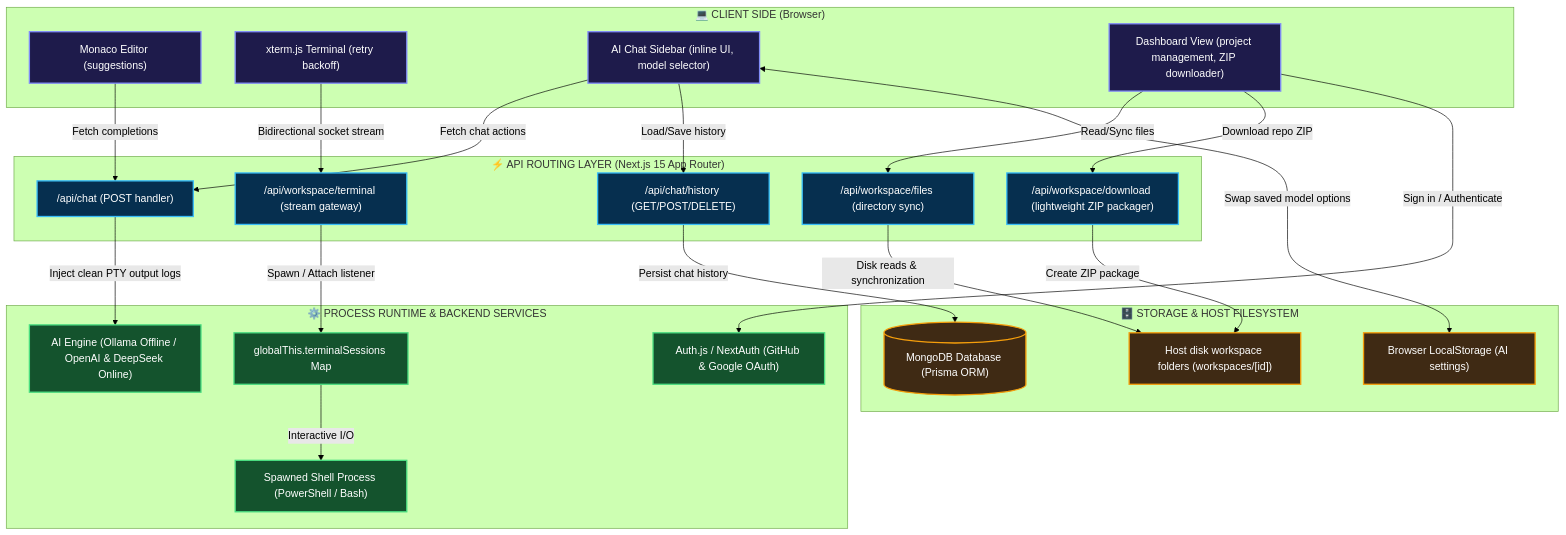
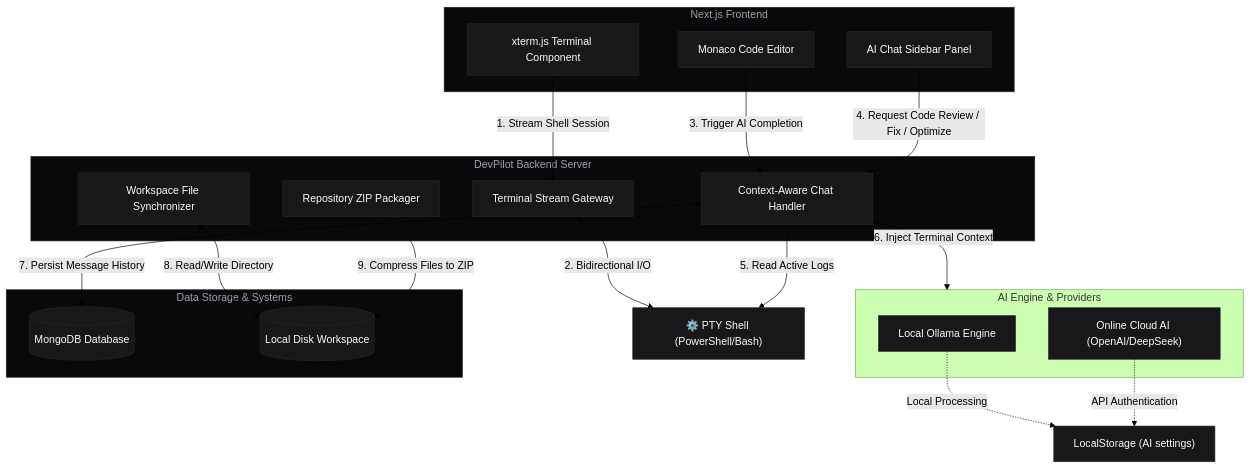
Before and after one commit to Sofiyan7/DevPilot: the diagram in README.md, drawn with Mermaid (forest theme).

Commit message:
Build Version Host

````diff
--- a/README.md
+++ b/README.md
@@ -36,67 +36,53 @@
 ```mermaid
 graph TD
-    %% Styling classes
-    classDef client fill:#1e1b4b,stroke:#818cf8,stroke-width:2px,color:#fff;
-    classDef api fill:#062f4f,stroke:#38bdf8,stroke-width:2px,color:#fff;
-    classDef runtime fill:#14532d,stroke:#4ade80,stroke-width:2px,color:#fff;
-    classDef storage fill:#3f2a14,stroke:#f59e0b,stroke-width:2px,color:#fff;
-
-    %% 1. Client Layer
-    subgraph Client_Layer ["💻 CLIENT SIDE (Browser)"]
-        Monaco["Monaco Editor (suggestions)"]
-        Xterm["xterm.js Terminal (retry backoff)"]
-        AIChat["AI Chat Sidebar (inline UI, model selector)"]
-        Dashboard["Dashboard View (project management, ZIP downloader)"]
+    %% Define Styling
+    classDef default fill:#18181b,stroke:#27272a,stroke-width:1px,color:#fafafa;
+    classDef subgraphStyle fill:#09090b,stroke:#27272a,stroke-width:1px,color:#a1a1aa;
+    
+    %% Next.js Frontend Subgraph
+    subgraph Frontend ["Next.js Frontend"]
+        Editor["Monaco Code Editor"]
+        Terminal["xterm.js Terminal Component"]
+        AIChat["AI Chat Sidebar Panel"]
     end
 
-    %% 2. Next.js API Routes Layer
-    subgraph API_Layer ["⚡ API ROUTING LAYER (Next.js 15 App Router)"]
-        ChatAPI["/api/chat (POST handler)"]
-        HistoryAPI["/api/chat/history (GET/POST/DELETE)"]
-        FilesAPI["/api/workspace/files (directory sync)"]
-        TerminalAPI["/api/workspace/terminal (stream gateway)"]
-        DownloadAPI["/api/workspace/download (lightweight ZIP packager)"]
+    %% DevPilot Backend Server Subgraph
+    subgraph Backend ["DevPilot Backend Server"]
+        TerminalAPI["Terminal Stream Gateway"]
+        FilesAPI["Workspace File Synchronizer"]
+        ChatAPI["Context-Aware Chat Handler"]
+        DownloadAPI["Repository ZIP Packager"]
     end
 
-    %% 3. Process & Services Layer
-    subgraph Process_Layer ["⚙️ PROCESS RUNTIME & BACKEND SERVICES"]
-        PTYProcess["Spawned Shell Process (PowerShell / Bash)"]
-        TerminalSessions["globalThis.terminalSessions Map"]
-        AuthService["Auth.js / NextAuth (GitHub & Google OAuth)"]
-        AI_Endpoint["AI Engine (Ollama Offline / OpenAI & DeepSeek Online)"]
+    %% External Services & AI Subgraph
+    subgraph AI_Engine ["AI Engine & Providers"]
+        Ollama["Local Ollama Engine"]
+        CloudAI["Online Cloud AI (OpenAI/DeepSeek)"]
     end
 
-    %% 4. Data Storage Layer
-    subgraph Storage_Layer ["🗄️ STORAGE & HOST FILESYSTEM"]
-        MongoDb[("MongoDB Database (Prisma ORM)")]
-        DiskStorage["Host disk workspace folders (workspaces/[id])"]
-        BrowserLocalStorage["Browser LocalStorage (AI settings)"]
+    %% Database & Storage Subgraph
+    subgraph DataStorage ["Data Storage & Systems"]
+        MongoDB[("MongoDB Database")]
+        DiskStorage[("Local Disk Workspace")]
     end
 
-    %% Apply Styles
-    class Monaco,Xterm,AIChat,Dashboard client;
-    class ChatAPI,HistoryAPI,FilesAPI,TerminalAPI,DownloadAPI api;
-    class PTYProcess,TerminalSessions,AuthService,AI_Endpoint runtime;
-    class MongoDb,DiskStorage,BrowserLocalStorage storage;
+    %% Apply Classes
+    class Frontend,Backend,AI_Engine,DataStorage subgraphStyle;
 
-    %% Flow Connections
-    %% Client to APIs
-    Monaco -->|Fetch completions| ChatAPI
-    Xterm -->|Bidirectional socket stream| TerminalAPI
-    AIChat -->|Fetch chat actions| ChatAPI
-    AIChat -->|Load/Save history| HistoryAPI
-    Dashboard -->|Read/Sync files| FilesAPI
-    Dashboard -->|Download repo ZIP| DownloadAPI
-
-    %% API to Processes / Services
-    TerminalAPI -->|Spawn / Attach listener| TerminalSessions
-    TerminalSessions -->|Interactive I/O| PTYProcess
-    ChatAPI -->|Inject clean PTY output logs| AI_Endpoint
-    HistoryAPI -->|Persist chat history| MongoDb
-    FilesAPI -->|Disk reads & synchronization| DiskStorage
-    DownloadAPI -->|Create ZIP package| DiskStorage
-    Dashboard -->|Sign in / Authenticate| AuthService
-
-    %% Direct Client local cache
-    AIChat <-->|Swap saved model options| BrowserLocalStorage
+    %% Connectors with labels
+    Terminal -->|1. Stream Shell Session| TerminalAPI
+    TerminalAPI <-->|2. Bidirectional I/O| ShellProcess["⚙️ PTY Shell (PowerShell/Bash)"]
+    
+    Editor -->|3. Trigger AI Completion| ChatAPI
+    AIChat -->|4. Request Code Review / Fix / Optimize| ChatAPI
+    
+    ChatAPI -->|5. Read Active Logs| ShellProcess
+    ChatAPI -->|6. Inject Terminal Context| AI_Engine
+    ChatAPI <-->|7. Persist Message History| MongoDB
+    
+    FilesAPI <-->|8. Read/Write Directory| DiskStorage
+    DownloadAPI -->|9. Compress Files to ZIP| DiskStorage
+    
+    Ollama -.->|Local Processing| ClientSettings["LocalStorage (AI settings)"]
+    CloudAI -.->|API Authentication| ClientSettings
 ```
````
